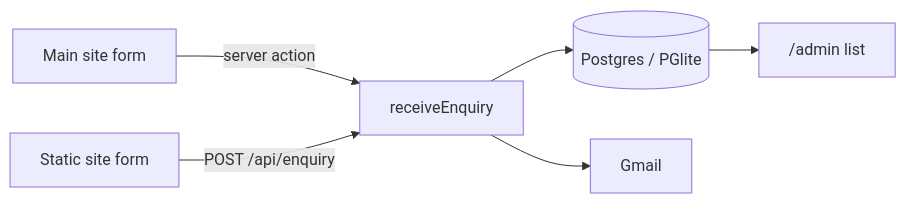
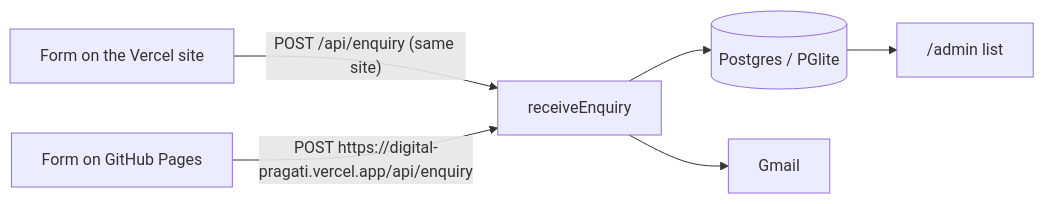
Before and after one commit to ali-sazzad/digital-pragati: the diagram in web/README.md, drawn with Mermaid. The commit also changed other lines of this file and 24 other files, not shown here.

First line of the commit message:
Serve the static site on Vercel; add Concept builds carousel

````diff
--- a/web/README.md
+++ b/web/README.md
@@ -61,8 +69,8 @@
 ```mermaid
 flowchart LR
-  A[Main site form] -->|server action| C[receiveEnquiry]
-  B[Static site form] -->|POST /api/enquiry| C
+  A["Form on the Vercel site"] -->|"POST /api/enquiry (same site)"| C[receiveEnquiry]
+  B["Form on GitHub Pages"] -->|"POST https://digital-pragati.vercel.app/api/enquiry"| C
   C --> D[(Postgres / PGlite)]
   C --> E[Gmail]
   D --> F["/admin list"]
 ```
````
